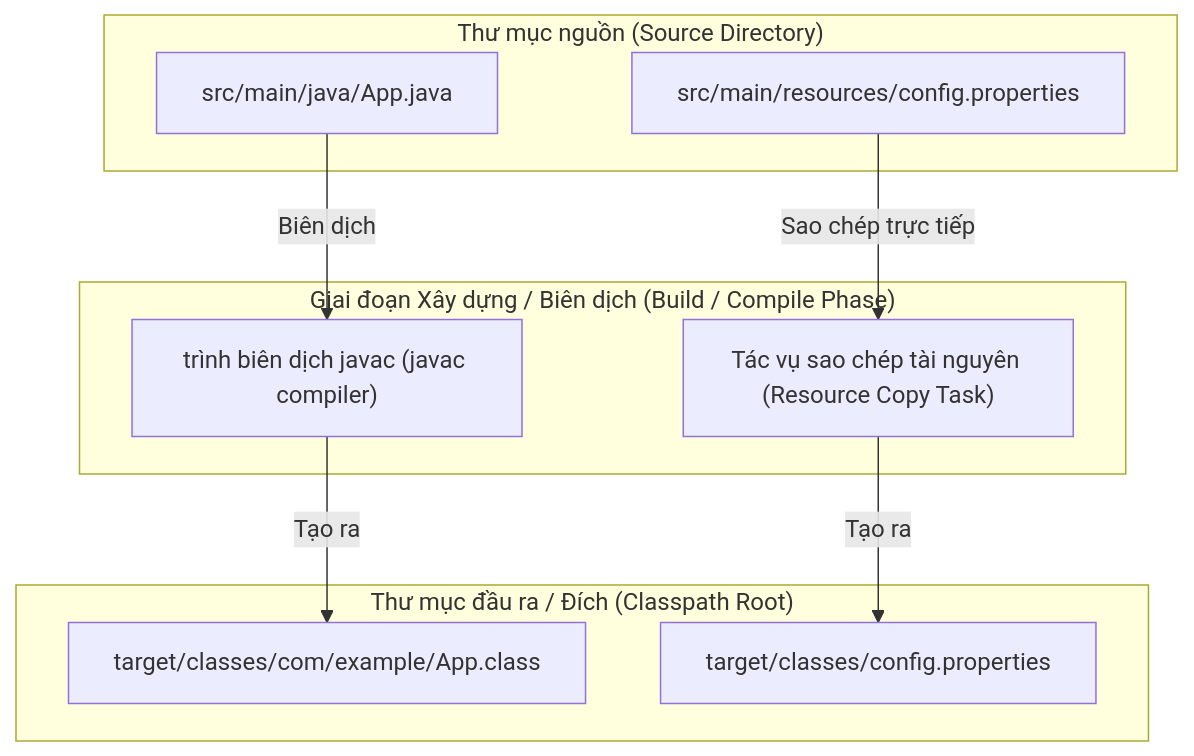
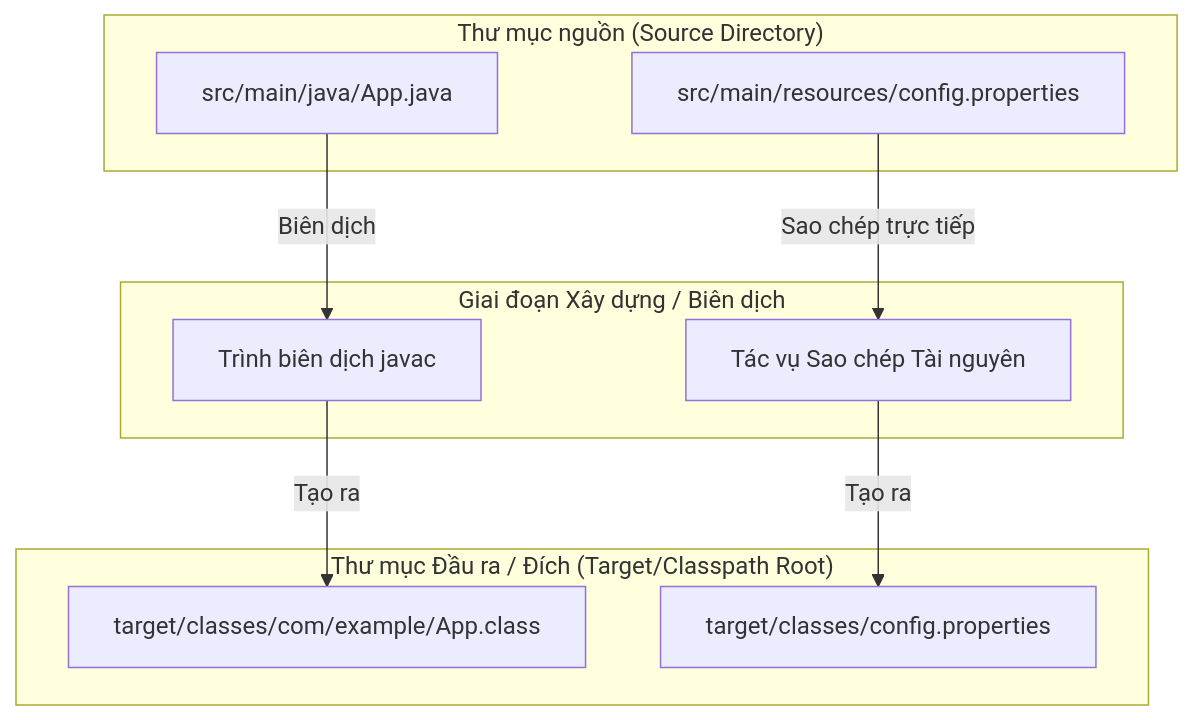
The first of 2 diagrams in vi/38-build-compile-run/theory/02-standard-project-structure-concepts.md (PhuThien2005/theoretical-of-java-core), drawn with Mermaid before and after one commit. The commit also changed other lines of this file and 229 other files, not shown here.

````diff
--- a/vi/38-build-compile-run/theory/02-standard-project-structure-concepts.md
+++ b/vi/38-build-compile-run/theory/02-standard-project-structure-concepts.md
@@ -53,19 +53,19 @@
 ```mermaid
 flowchart TD
     subgraph Src ["Thư mục nguồn (Source Directory)"]
         JavaDir["src/main/java/App.java"]
         ResDir["src/main/resources/config.properties"]
     end
-    subgraph BuildPipeline ["Giai đoạn Xây dựng / Biên dịch (Build / Compile Phase)"]
-        Compiler["trình biên dịch javac (javac compiler)"]
-        Copier["Tác vụ sao chép tài nguyên (Resource Copy Task)"]
+    subgraph BuildPipeline ["Giai đoạn Xây dựng / Biên dịch"]
+        Compiler["Trình biên dịch javac"]
+        Copier["Tác vụ Sao chép Tài nguyên"]
     end
-    subgraph Target ["Thư mục đầu ra / Đích (Classpath Root)"]
+    subgraph Target ["Thư mục Đầu ra / Đích (Target/Classpath Root)"]
         CompiledClass["target/classes/com/example/App.class"]
         CopiedRes["target/classes/config.properties"]
     end
     JavaDir -->|Biên dịch| Compiler
     Compiler -->|Tạo ra| CompiledClass
     ResDir -->|Sao chép trực tiếp| Copier
     Copier -->|Tạo ra| CopiedRes
 ```
````
